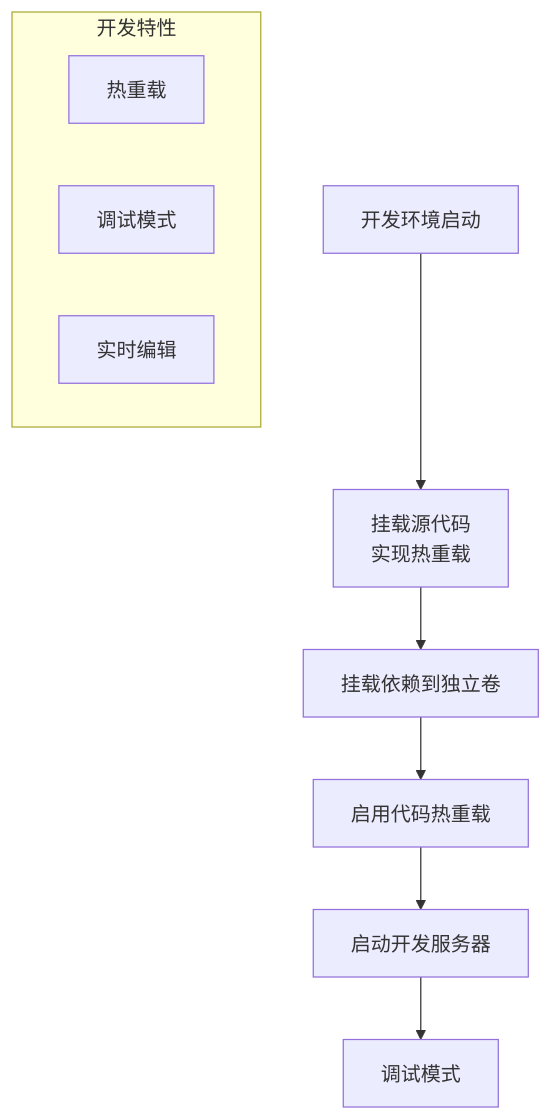
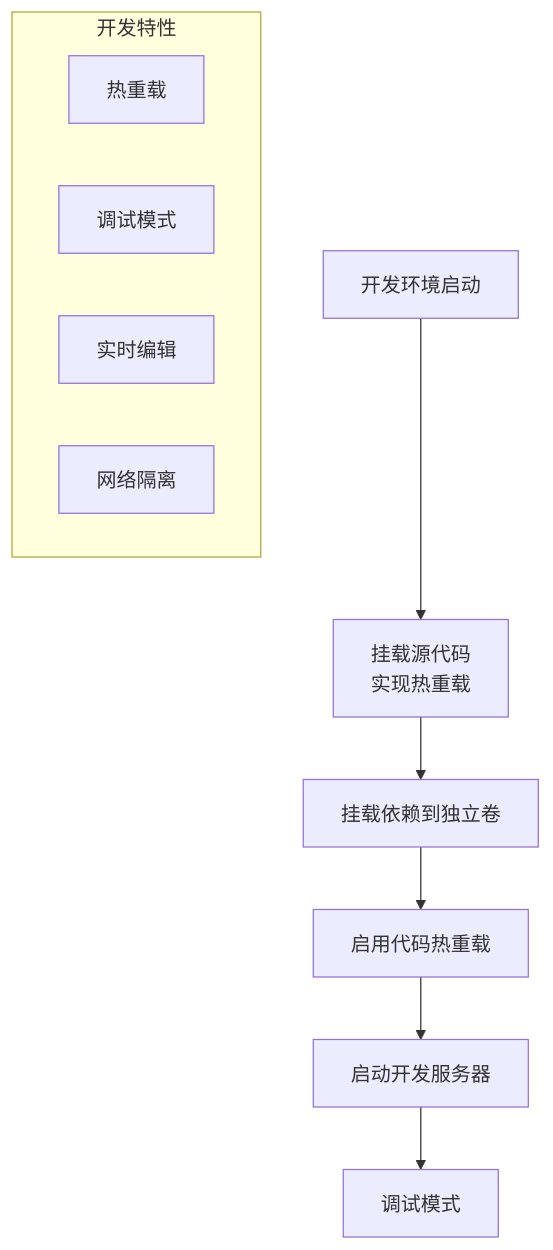
One commit to xfbyxq/ai-novel-system changed the sixth of 14 diagrams in .qoder/repowiki/zh/content/Docker Deployment.md. Above: the diagram before and after it, drawn with Mermaid. The commit also changed other lines of this file and 8 other files, not shown here.

````diff
--- a/.qoder/repowiki/zh/content/Docker Deployment.md
+++ b/.qoder/repowiki/zh/content/Docker Deployment.md
@@ -293,13 +318,14 @@
 ```mermaid
 flowchart TD
 DEV_START[开发环境启动] --> MOUNT_CODE[挂载源代码<br/>实现热重载]
 MOUNT_CODE --> MOUNT_DEPS[挂载依赖到独立卷]
 MOUNT_DEPS --> RELOAD[启用代码热重载]
 RELOAD --> DEV_SERVER[启动开发服务器]
 DEV_SERVER --> DEBUG[调试模式]
 subgraph "开发特性"
 HOT_RELOAD[热重载]
 DEBUG_MODE[调试模式]
 LIVE_EDIT[实时编辑]
+NETWORK_ISOLATION[网络隔离]
 end
 ```
````
